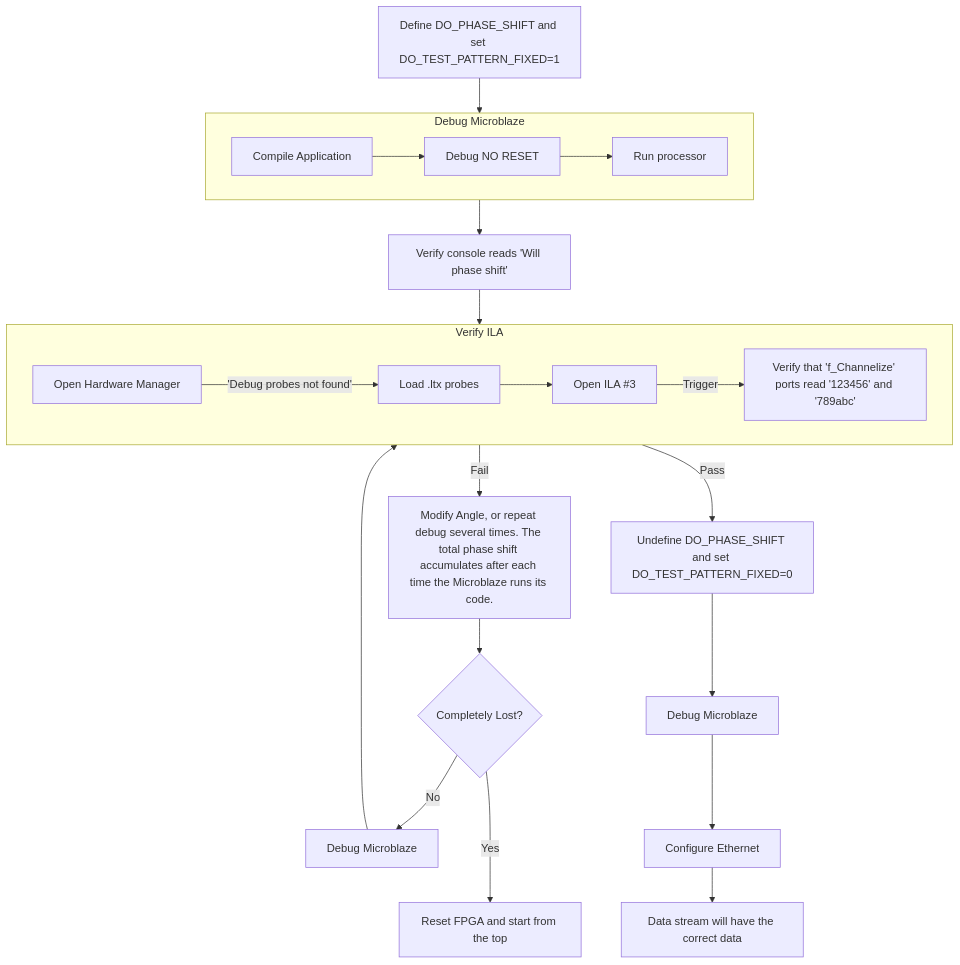
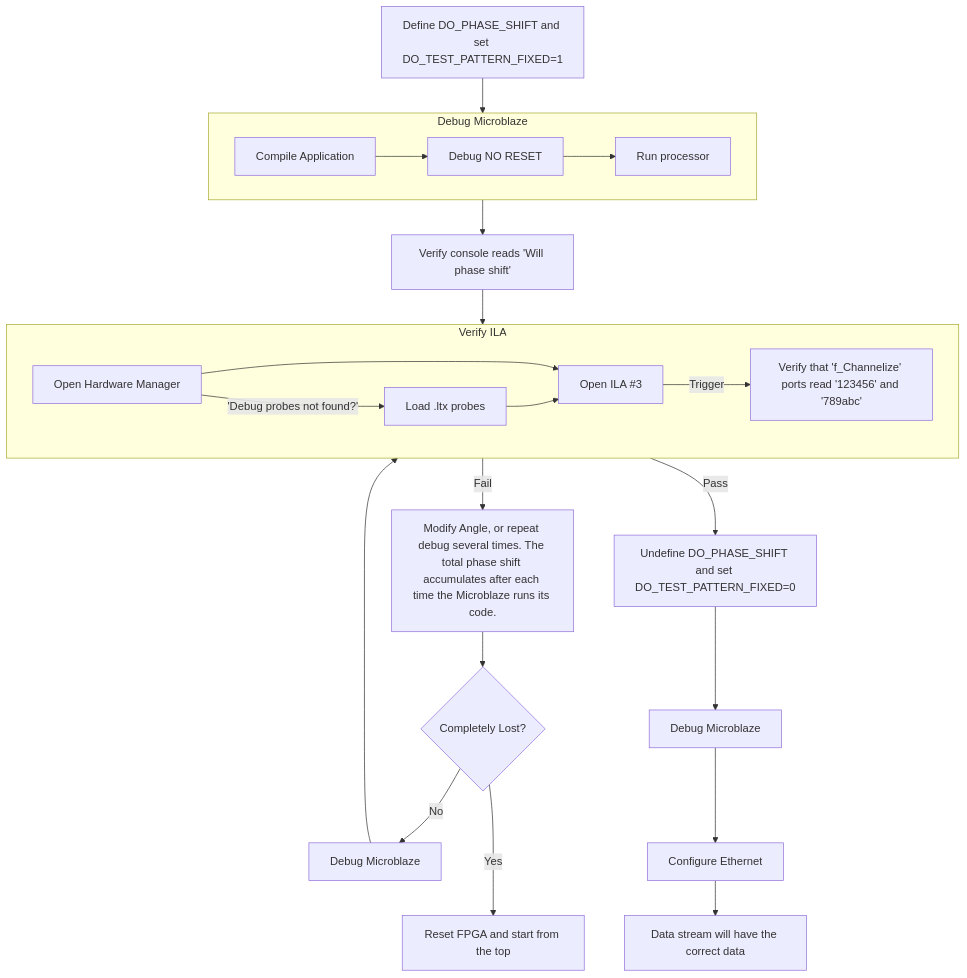
The second of 2 diagrams in README.org (contranton/qps-proto-captan), drawn with Mermaid before and after one commit.

Commit message:
Update ILA transition

```diff
--- a/README.org
+++ b/README.org
@@ -77,38 +77,39 @@
 #+begin_src mermaid
 ---
 Title: Run alignment
 ---
 flowchart TB
 
     subgraph compile_debug [Debug Microblaze]
         direction LR
         B[Compile Application]
         B --> C[Debug NO RESET]
         C --> D[Run processor]
     end
     A[Define DO_PHASE_SHIFT and set DO_TEST_PATTERN_FIXED=1]
     A --> compile_debug
     compile_debug --> E[Verify console reads 'Will phase shift']
 
     subgraph verify_ila [Verify ILA]
         direction LR
         s[Open Hardware Manager]
-        s --> |'Debug probes not found'| s2[Load .ltx probes]
+        s --> |'Debug probes not found?'| s2[Load .ltx probes]
+        s --> s3
         s2 --> s3
         s3[Open ILA #3]
         s3 --> |Trigger| s4[Verify that 'f_Channelize' ports read '123456' and '789abc']
     end
 
     E --> verify_ila
 
     verify_ila --> |Fail| F[Modify Angle, or repeat debug several times. The total phase shift accumulates after each time the Microblaze runs its code.]
     F --> FF{Completely Lost?}
     FF ---> |Yes| FFF[Reset FPGA and start from the top]
     FF --> |No| H[Debug Microblaze]
     H --> verify_ila
     verify_ila --> |Pass| G[Undefine DO_PHASE_SHIFT and set DO_TEST_PATTERN_FIXED=0]
     G --> I[Debug Microblaze]
     I --> J[Configure Ethernet]
     J --> K[Data stream will have the correct data]
 
 #+end_src
```
